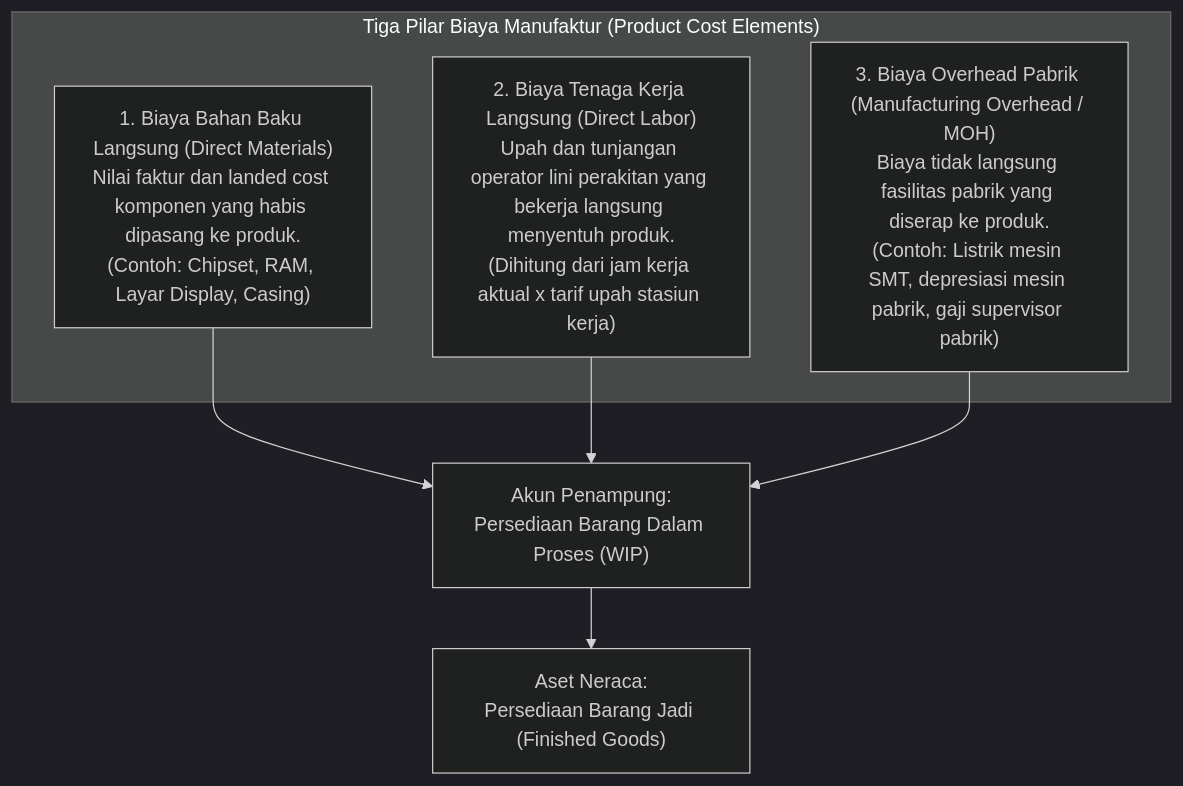
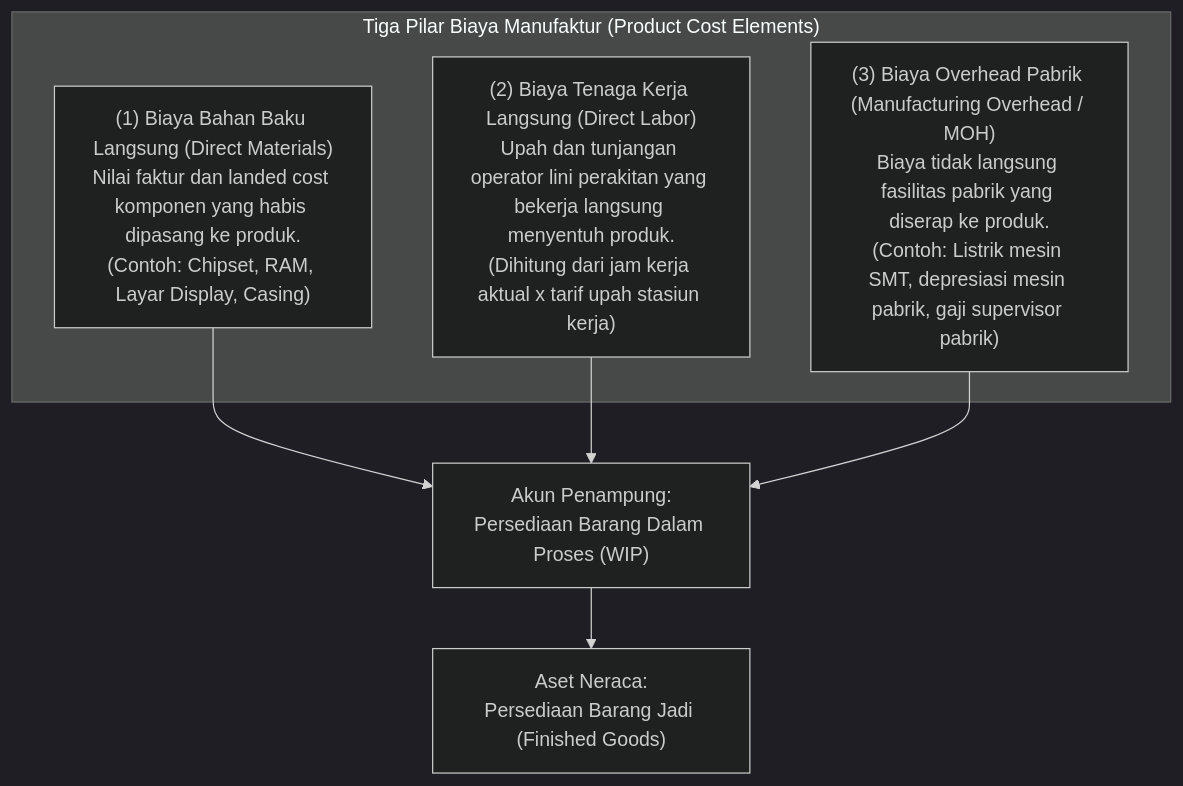
Before and after one commit to alimurrofid/erp-notes: the first of 2 diagrams in content/06-manufacturing/production-costing-and-wip.md, drawn with Mermaid (dark theme). The commit also changed other lines of this file and 132 other files, not shown here.

````diff
--- a/content/06-manufacturing/production-costing-and-wip.md
+++ b/content/06-manufacturing/production-costing-and-wip.md
@@ -29,14 +29,14 @@
 ```mermaid
 flowchart TD
     subgraph CostElements["Tiga Pilar Biaya Manufaktur (Product Cost Elements)"]
-        DM["1. Biaya Bahan Baku Langsung (Direct Materials)<br/>Nilai faktur dan landed cost komponen yang habis dipasang ke produk.<br/>(Contoh: Chipset, RAM, Layar Display, Casing)"]
-        DL["2. Biaya Tenaga Kerja Langsung (Direct Labor)<br/>Upah dan tunjangan operator lini perakitan yang bekerja langsung menyentuh produk.<br/>(Dihitung dari jam kerja aktual x tarif upah stasiun kerja)"]
-        MOH["3. Biaya Overhead Pabrik (Manufacturing Overhead / MOH)<br/>Biaya tidak langsung fasilitas pabrik yang diserap ke produk.<br/>(Contoh: Listrik mesin SMT, depresiasi mesin pabrik, gaji supervisor pabrik)"]
+        DM["(1) Biaya Bahan Baku Langsung (Direct Materials)<br/>Nilai faktur dan landed cost komponen yang habis dipasang ke produk.<br/>(Contoh: Chipset, RAM, Layar Display, Casing)"]
+        DL["(2) Biaya Tenaga Kerja Langsung (Direct Labor)<br/>Upah dan tunjangan operator lini perakitan yang bekerja langsung menyentuh produk.<br/>(Dihitung dari jam kerja aktual x tarif upah stasiun kerja)"]
+        MOH["(3) Biaya Overhead Pabrik (Manufacturing Overhead / MOH)<br/>Biaya tidak langsung fasilitas pabrik yang diserap ke produk.<br/>(Contoh: Listrik mesin SMT, depresiasi mesin pabrik, gaji supervisor pabrik)"]
     end
     
     DM --> WIP["Akun Penampung:<br/>Persediaan Barang Dalam Proses (WIP)"]
     DL --> WIP
     MOH --> WIP
     
     WIP --> FG["Aset Neraca:<br/>Persediaan Barang Jadi (Finished Goods)"]
 ```
````
